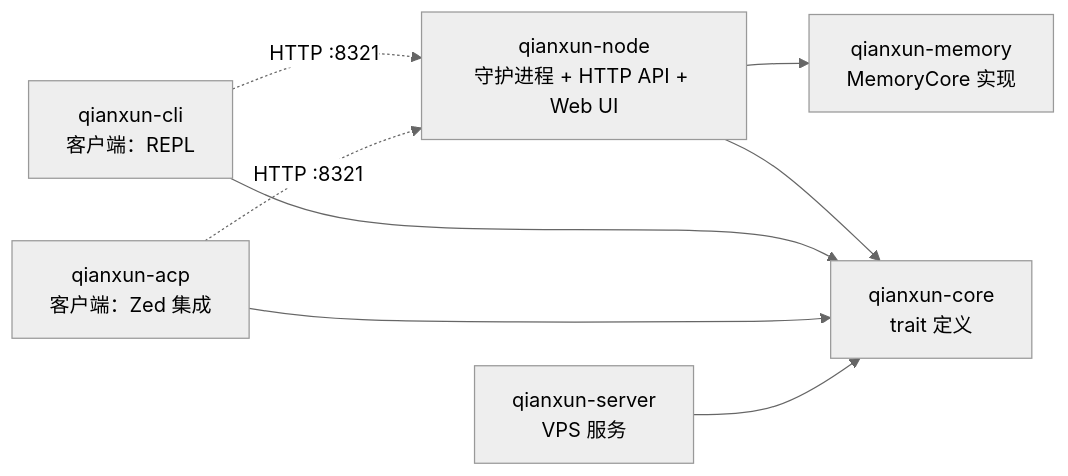
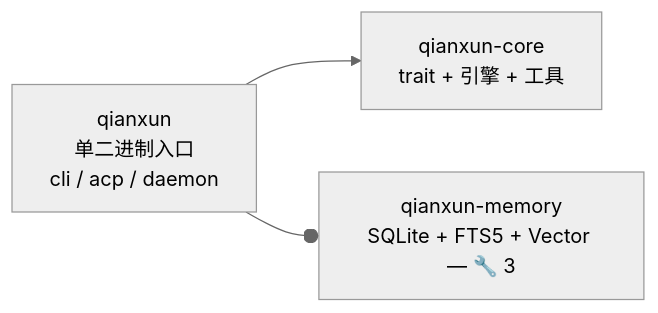
Before and after one commit to imxood/qianxun: the second of 3 diagrams in docs/architecture.md, drawn with Mermaid (neutral theme). The commit also changed other lines of this file and 51 other files, not shown here.

First line of the commit message:
refactor: 合并 cli + acp 为单一 qianxun crate + 文档体系重构

````diff
--- a/docs/architecture.md
+++ b/docs/architecture.md
@@ -71,17 +180,9 @@
 ```mermaid
 graph LR
-    CORE[qianxun-core<br/>trait 定义]
-    MEM[qianxun-memory<br/>MemoryCore 实现]
-    CLI[qianxun-cli<br/>客户端：REPL]
-    ACP[qianxun-acp<br/>客户端：Zed 集成]
-    SRV[qianxun-server<br/>VPS 服务]
-    NODE[qianxun-node<br/>守护进程 + HTTP API + Web UI]
-
-    CLI -.->|HTTP :8321| NODE
-    ACP -.->|HTTP :8321| NODE
-    NODE --> MEM
-    NODE --> CORE
-    CLI --> CORE
-    ACP --> CORE
-    SRV --> CORE
+    CORE[qianxun-core<br/>trait + 引擎 + 工具]
+    MEM[qianxun-memory<br/>SQLite + FTS5 + Vector — 🔧 3]
+    APP[qianxun<br/>单二进制入口<br/>cli / acp / daemon]
+    
+    APP --> CORE
+    APP --o MEM
 ```
````
